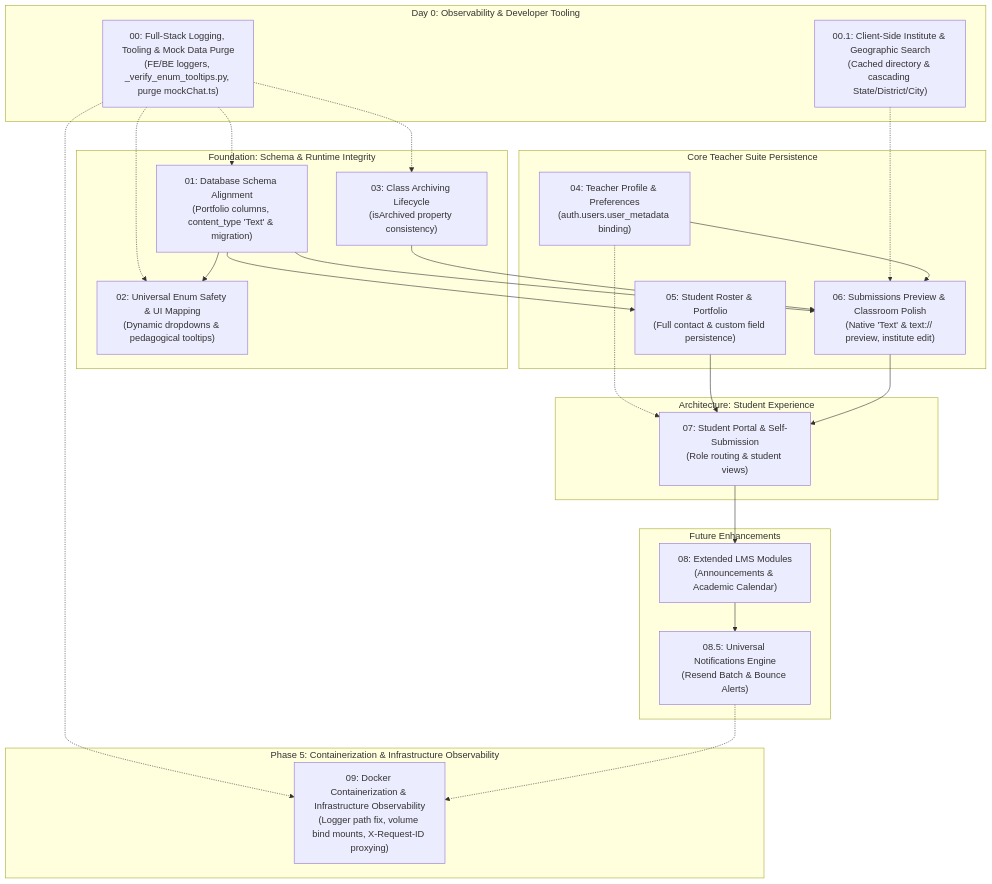
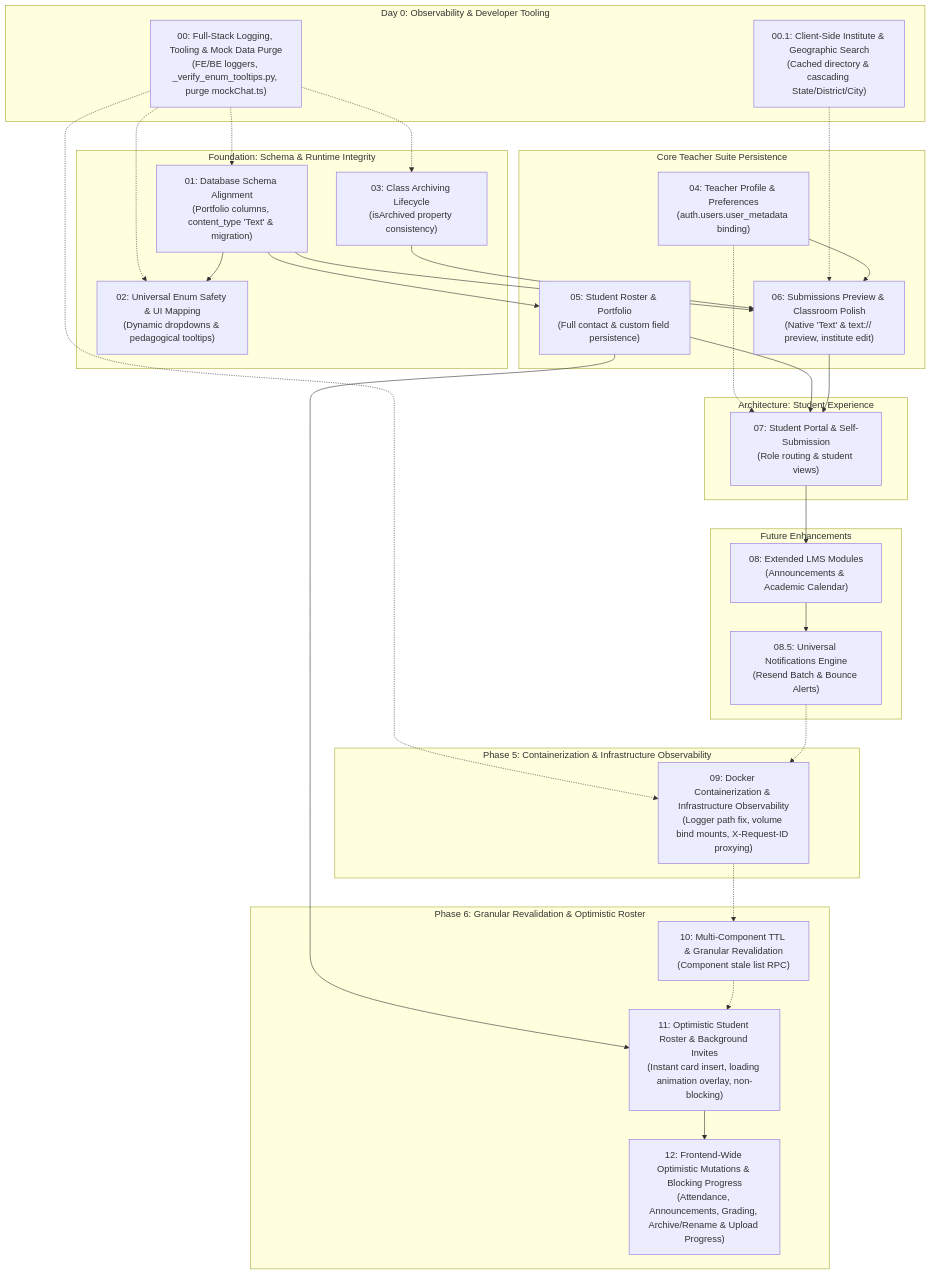
One commit to VictorBravo9er/Teacher-Assistant-Workspace changed the diagram in plans/README.md. Above: the diagram before and after it, drawn with Mermaid. The commit also changed other lines of this file and 32 other files, not shown here.

Commit message:
feat(frontend): add optimistic UI mutations, blocking progress overlays, and sync docs

````diff
--- a/plans/README.md
+++ b/plans/README.md
@@ -26,49 +26,59 @@
 ```mermaid
 flowchart TD
     subgraph Day 0: Observability & Developer Tooling
         P00["00: Full-Stack Logging, Tooling & Mock Data Purge<br/>(FE/BE loggers, _verify_enum_tooltips.py, purge mockChat.ts)"]
         P001["00.1: Client-Side Institute & Geographic Search<br/>(Cached directory & cascading State/District/City)"]
     end
 
     subgraph Foundation: Schema & Runtime Integrity
         P01["01: Database Schema Alignment<br/>(Portfolio columns, content_type 'Text' & migration)"]
         P02["02: Universal Enum Safety & UI Mapping<br/>(Dynamic dropdowns & pedagogical tooltips)"]
         P03["03: Class Archiving Lifecycle<br/>(isArchived property consistency)"]
     end
 
     subgraph Core Teacher Suite Persistence
         P04["04: Teacher Profile & Preferences<br/>(auth.users.user_metadata binding)"]
         P05["05: Student Roster & Portfolio<br/>(Full contact & custom field persistence)"]
         P06["06: Submissions Preview & Classroom Polish<br/>(Native 'Text' & text:// preview, institute edit)"]
     end
 
     subgraph Architecture: Student Experience
         P07["07: Student Portal & Self-Submission<br/>(Role routing & student views)"]
     end
 
     subgraph Future Enhancements
         P08["08: Extended LMS Modules<br/>(Announcements & Academic Calendar)"]
         P085["08.5: Universal Notifications Engine<br/>(Resend Batch & Bounce Alerts)"]
     end
 
     subgraph Phase 5: Containerization & Infrastructure Observability
         P09["09: Docker Containerization & Infrastructure Observability<br/>(Logger path fix, volume bind mounts, X-Request-ID proxying)"]
     end
 
+    subgraph Phase 6: Granular Revalidation & Optimistic Roster
+        P10["10: Multi-Component TTL & Granular Revalidation<br/>(Component stale list RPC)"]
+        P11["11: Optimistic Student Roster & Background Invites<br/>(Instant card insert, loading animation overlay, non-blocking)"]
+        P12["12: Frontend-Wide Optimistic Mutations & Blocking Progress<br/>(Attendance, Announcements, Grading, Archive/Rename & Upload Progress)"]
+    end
+
     P00 -.-> P01
     P00 -.-> P02
     P00 -.-> P03
     P00 -.-> P09
     P001 -.-> P06
     P01 --> P05
     P01 --> P02
     P01 --> P06
     P03 --> P06
     P04 --> P06
     P04 -.-> P07
     P05 --> P07
+    P05 --> P11
     P06 --> P07
     P07 --> P08
     P08 --> P085
     P085 -.-> P09
+    P09 -.-> P10
+    P10 -.-> P11
+    P11 --> P12
 ```
````
